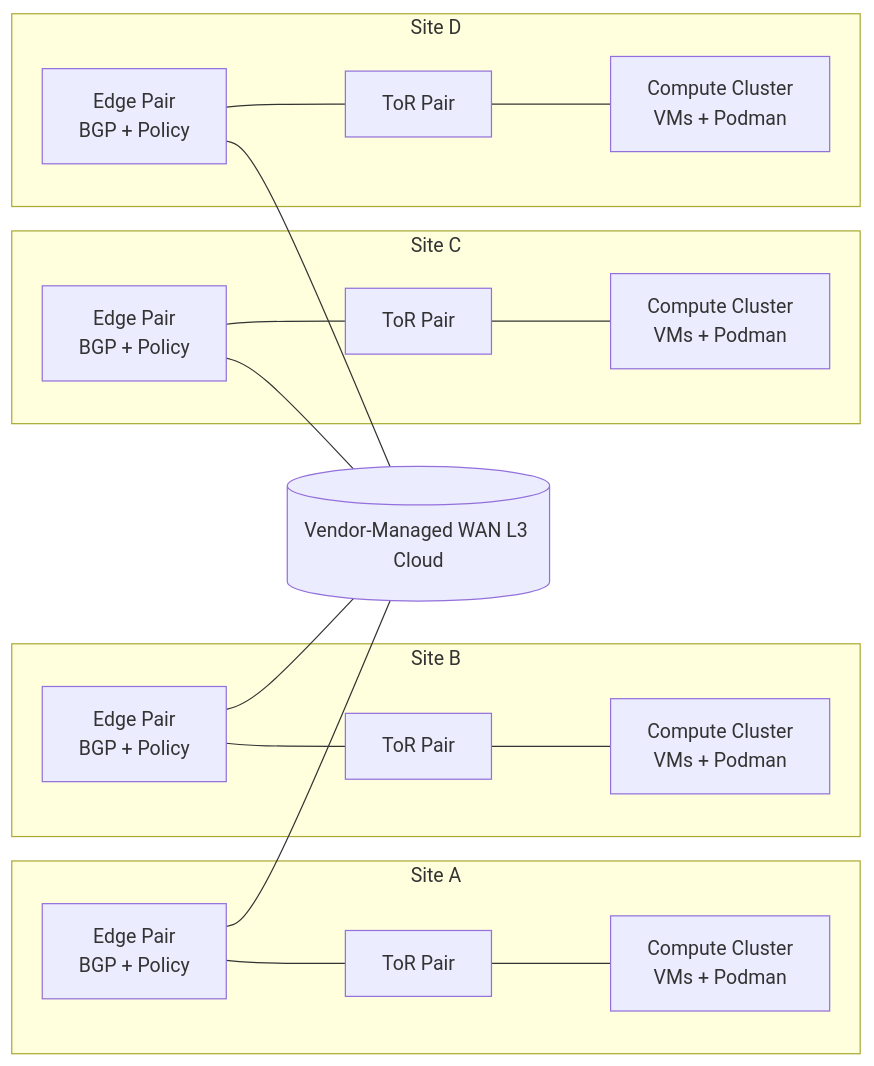
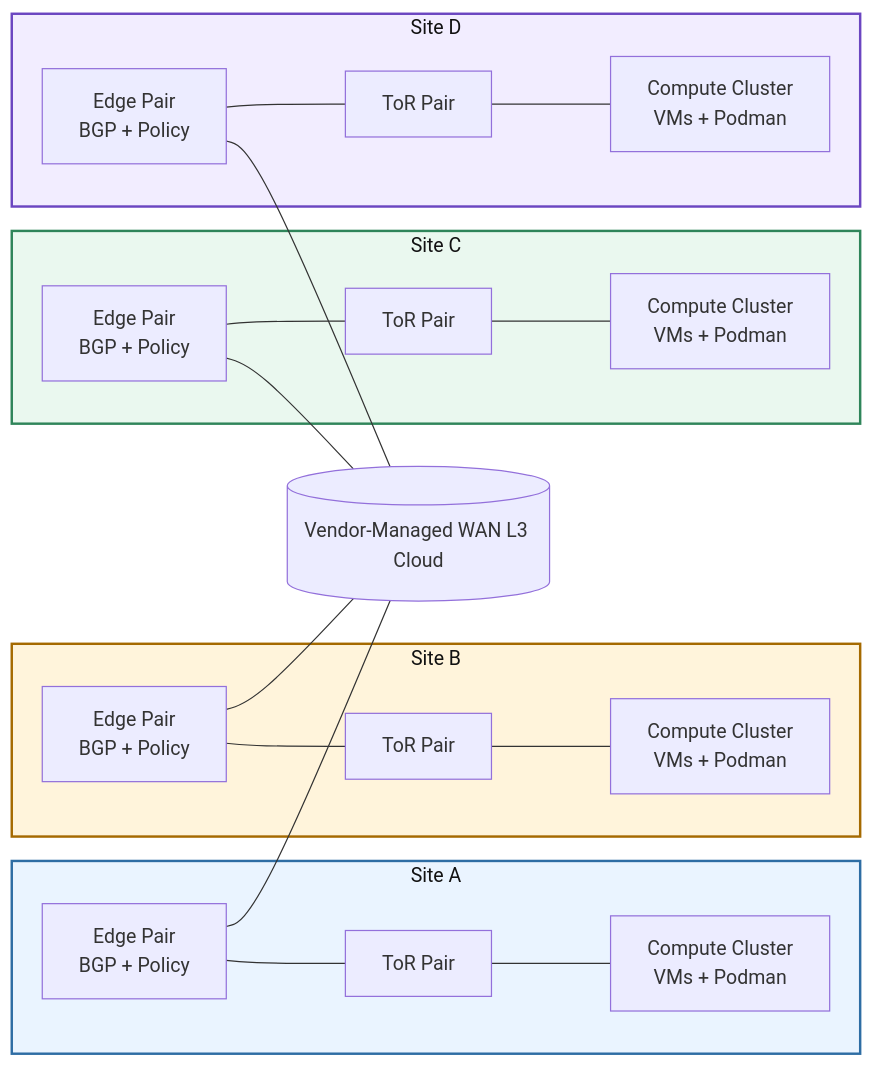
One commit to pancakesaregood/distributed-dc changed the diagram in network-spanned-dc/docs/03_diagrams/topology_global.mmd.md. Above: the diagram before and after it, drawn with Mermaid. The commit also changed 11 other files, not shown here.

Commit message:
diagram beautification

````diff
--- a/network-spanned-dc/docs/03_diagrams/topology_global.mmd.md
+++ b/network-spanned-dc/docs/03_diagrams/topology_global.mmd.md
@@ -3,38 +3,43 @@
 ```mermaid
 graph LR
   WAN[(Vendor-Managed WAN L3 Cloud)]
 
   subgraph SA[Site A]
     SAE["Edge Pair<br/>BGP + Policy"]
     SAT[ToR Pair]
     SAC["Compute Cluster<br/>VMs + Podman"]
   end
 
   subgraph SB[Site B]
     SBE["Edge Pair<br/>BGP + Policy"]
     SBT[ToR Pair]
     SBC["Compute Cluster<br/>VMs + Podman"]
   end
 
   subgraph SC[Site C]
     SCE["Edge Pair<br/>BGP + Policy"]
     SCT[ToR Pair]
     SCC["Compute Cluster<br/>VMs + Podman"]
   end
 
   subgraph SD[Site D]
     SDE["Edge Pair<br/>BGP + Policy"]
     SDT[ToR Pair]
     SDC["Compute Cluster<br/>VMs + Podman"]
   end
 
   SAE --- WAN
   SBE --- WAN
   SCE --- WAN
   SDE --- WAN
 
   SAE --- SAT --- SAC
   SBE --- SBT --- SBC
   SCE --- SCT --- SCC
   SDE --- SDT --- SDC
+
+  style SA fill:#EAF4FF,stroke:#2E6DA4,stroke-width:2px,color:#111111
+  style SB fill:#FFF4DB,stroke:#A56A00,stroke-width:2px,color:#111111
+  style SC fill:#EAF8EF,stroke:#2F855A,stroke-width:2px,color:#111111
+  style SD fill:#F2EDFF,stroke:#6B46C1,stroke-width:2px,color:#111111
 ```
````
